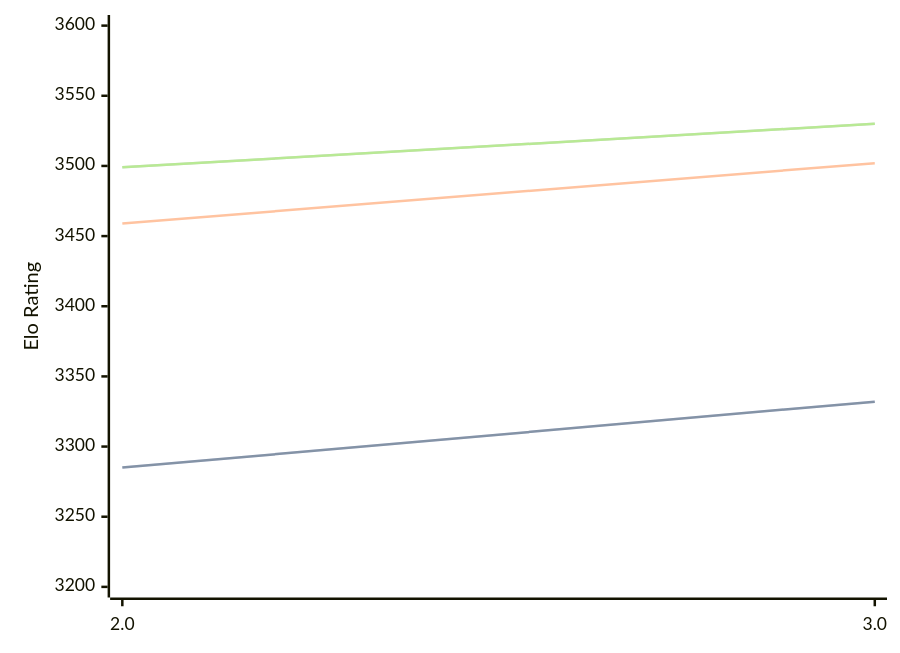
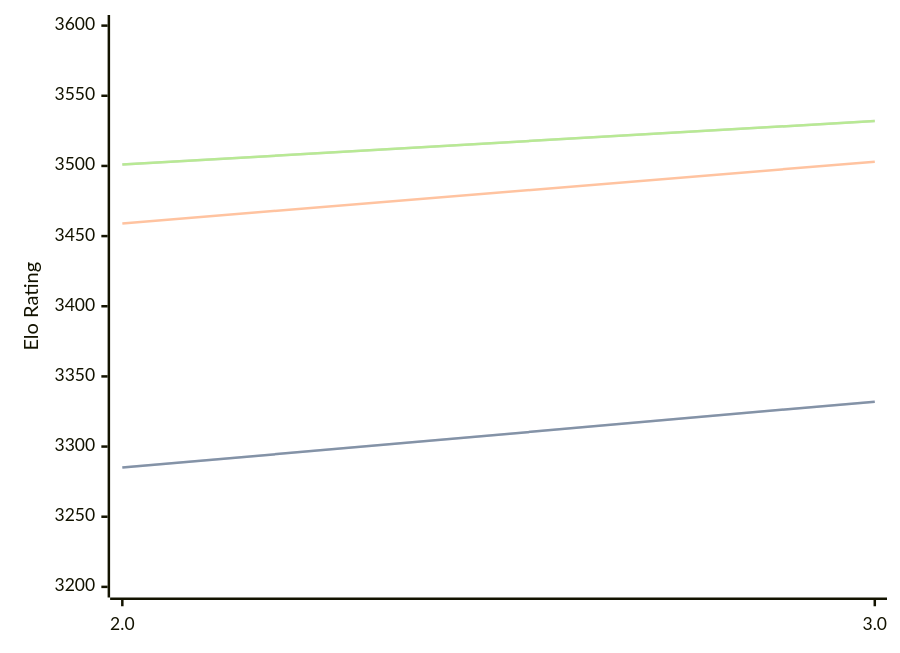
One commit to computer-chess-index/cci changed the first of 3 diagrams in engines/Quanticade.md. Above: the diagram before and after it, drawn with Mermaid. The commit also changed other lines of this file, not shown here.

Commit message:
Update CCI Ratings (ELO VLTC) - 2026-07-02

````diff
--- a/engines/Quanticade.md
+++ b/engines/Quanticade.md
@@ -41,11 +41,11 @@
 ```mermaid
 %%{init: {"theme":"base","themeVariables":{"seriesColors:['#a3a3a3','#222221','#faa371']}}}%%
 xychart-beta
   x-axis ["2.0", "3.0"]
   y-axis "Elo Rating" 3200 --> 3600
   line "STC (8.0+0.08s)" [3285, 3332]
   line "STC (8.0+0.08s)" [3285, 3332]
-  line "LTC (60.0+0.60s)" [3459, 3502]
-  line "VLTC (2m24s+1.12s)" [3499, 3530]
-  line "VLTC (2m24s+1.12s)" [3499, 3530]
+  line "LTC (60.0+0.60s)" [3459, 3503]
+  line "VLTC (2m24s+1.12s)" [3501, 3532]
+  line "VLTC (2m24s+1.12s)" [3501, 3532]
 ```
````
